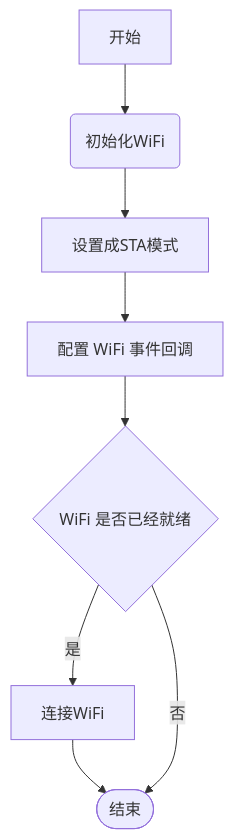
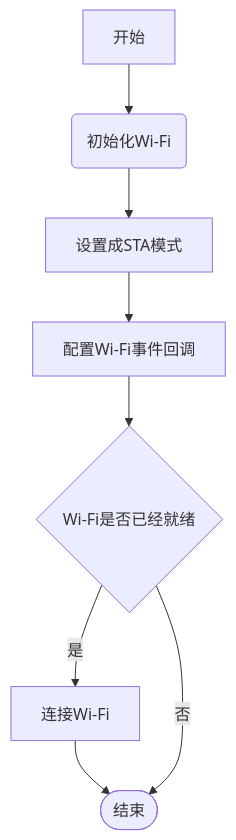
Before and after one commit to SeaHi-Mo/Docs: the diagram in docs/20.教程/涂鸦入门教程/连接WiFi.md, drawn with Mermaid. The commit also changed other lines of this file, not shown here.

````diff
--- a/docs/20.教程/涂鸦入门教程/连接WiFi.md
+++ b/docs/20.教程/涂鸦入门教程/连接WiFi.md
@@ -43,16 +43,16 @@
 ```mermaid
 flowchart TB
-    A["开始"] -- <br> --> B("初始化WiFi")
+    A["开始"] -- <br> --> B("初始化Wi-Fi")
     B --> n11["设置成STA模式"]
-    n11 --> n1["配置 WiFi 事件回调"]
-    n1 --> n2["WiFi 是否已经就绪"]
-    n2 -- 是 --> n3["连接WiFi"]
+    n11 --> n1["配置Wi-Fi事件回调"]
+    n1 --> n2["Wi-Fi是否已经就绪"]
+    n2 -- 是 --> n3["连接Wi-Fi"]
     n3 --> n4(["结束"])
     n2 -- 否 --> n4
 
     n2@{ shape: diam}
     click n11 "#设置成sta模式"
     click B "#初始化wi-fi"
     click n1 "#配置wifi事件回调"
     click n3 "#连接wi-fi"
 ```
````
